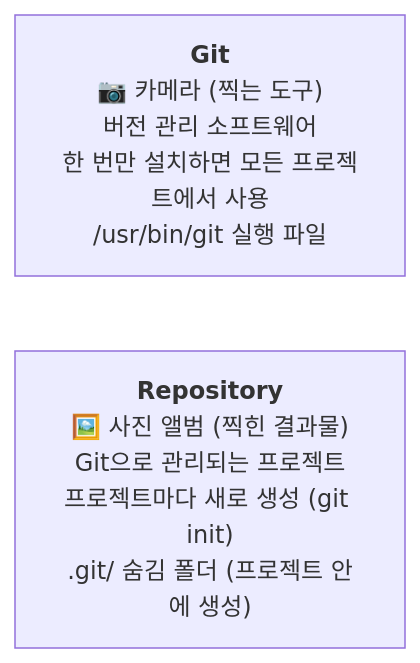
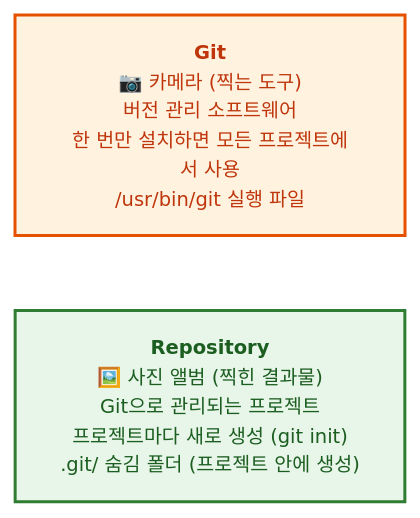
Before and after one commit to jingu279/Document: the second of 5 diagrams in git/01_서론/01_Git이란.md, drawn with Mermaid. The commit also changed other lines of this file and 24 other files, not shown here.

First line of the commit message:
Git 문서 전체 Mermaid 다이어그램 스타일링 통일

````diff
--- a/git/01_서론/01_Git이란.md
+++ b/git/01_서론/01_Git이란.md
@@ -40,5 +50,14 @@
 ```mermaid
+%%{init: {'theme': 'base', 'themeVariables': {'fontSize': '13px'}}}%%
 flowchart LR
   Git["<b>Git</b><br/>📷 카메라 (찍는 도구)<br/>버전 관리 소프트웨어<br/>한 번만 설치하면 모든 프로젝트에서 사용<br/>/usr/bin/git 실행 파일"]
   Repo["<b>Repository</b><br/>🖼️ 사진 앨범 (찍힌 결과물)<br/>Git으로 관리되는 프로젝트<br/>프로젝트마다 새로 생성 (git init)<br/>.git/ 숨김 폴더 (프로젝트 안에 생성)"]
+
+  classDef main fill:#fff3e0,stroke:#e65100,stroke-width:2px,color:#bf360c
+  classDef sub fill:#e8f5e9,stroke:#2e7d32,stroke-width:2px,color:#1b5e20
+  classDef proc fill:#e3f2fd,stroke:#1565c0,stroke-width:2px,color:#0d47a1
+  classDef decision fill:#fff9c4,stroke:#f9a825,stroke-width:2px,color:#e65100
+  classDef highlight fill:#f3e5f5,stroke:#6a1b9a,stroke-width:2px,color:#4a148c
+  class Git main
+  class Repo sub
 ```
````
